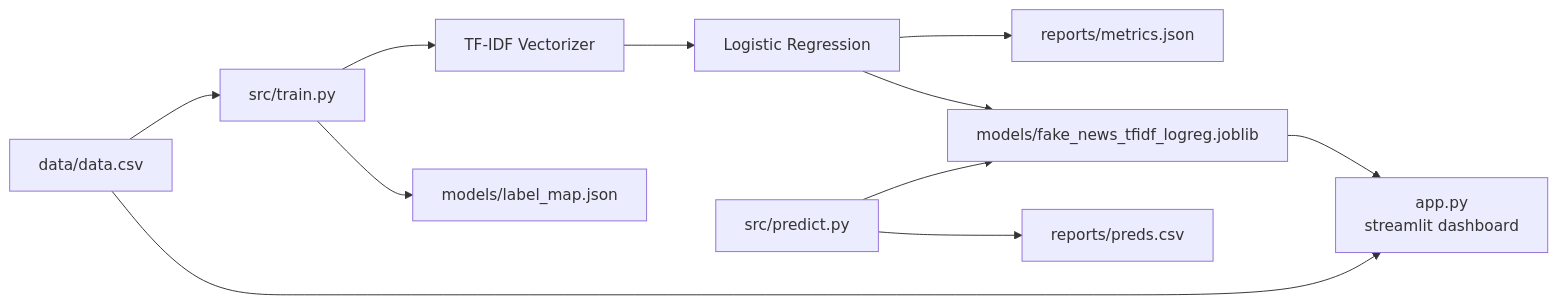
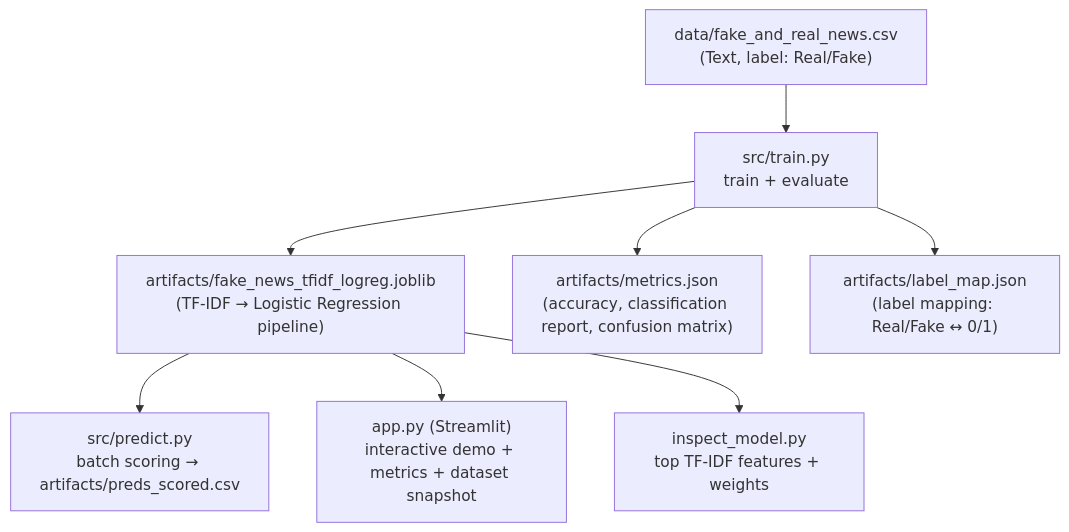
Before and after one commit to jdoan5/Python: the diagram in Python Project 3/Fake News Learning with Machine Learning (Stage 1)/README.md, drawn with Mermaid. The commit also changed other lines of this file and 3 other files, not shown here.

Commit message:
Fake News Learning with ML (Stage 1)

````diff
--- a/Python Project 3/Fake News Learning with Machine Learning (Stage 1)/README.md
+++ b/Python Project 3/Fake News Learning with Machine Learning (Stage 1)/README.md
@@ -43,13 +50,10 @@
 ```mermaid
-flowchart LR
-  A[data/data.csv]--> B[src/train.py] 
-  A[data/data.csv] --> J[app.py</br>streamlit dashboard]
-  F[models/fake_news_tfidf_logreg.joblib] --> J
-  B --> C[TF-IDF Vectorizer]
-  C --> D[Logistic Regression]
-  D --> E[reports/metrics.json]
-  D --> F[models/fake_news_tfidf_logreg.joblib]
-  B --> G[models/label_map.json]
-  H[src/predict.py] --> F
-  H --> I[reports/preds.csv]
+flowchart TD
+  A["data/fake_and_real_news.csv<br/>(Text, label: Real/Fake)"] --> B["src/train.py<br/>train + evaluate"]
+  B --> C["artifacts/fake_news_tfidf_logreg.joblib<br/>(TF‑IDF → Logistic Regression pipeline)"]
+  B --> D["artifacts/metrics.json<br/>(accuracy, classification report, confusion matrix)"]
+  B --> E["artifacts/label_map.json<br/>(label mapping: Real/Fake ↔ 0/1)"]
+  C --> F["src/predict.py<br/>batch scoring → artifacts/preds_scored.csv"]
+  C --> G["app.py (Streamlit)<br/>interactive demo + metrics + dataset snapshot"]
+  C --> H["inspect_model.py<br/>top TF‑IDF features + weights"]
 ```
````
